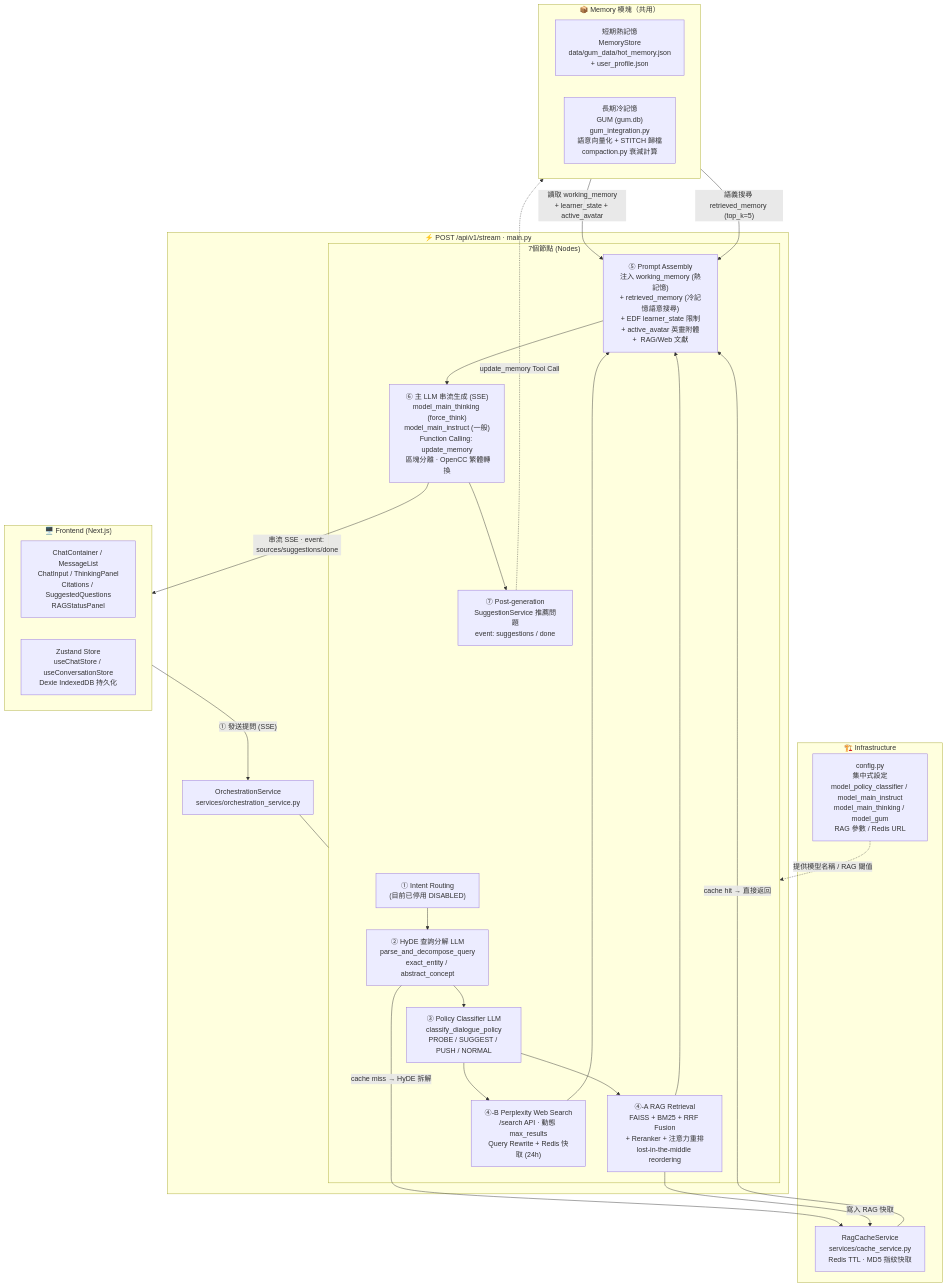
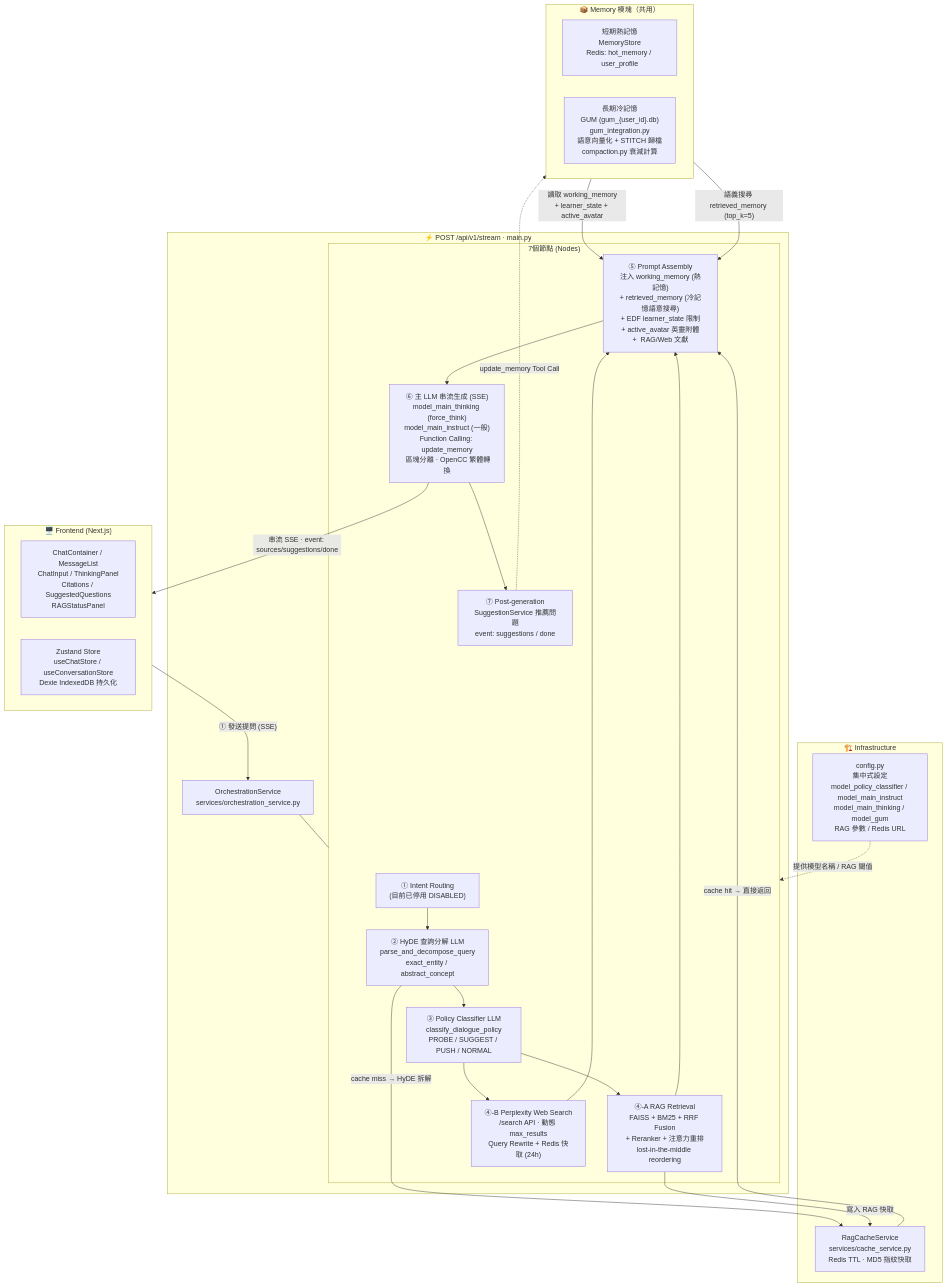
One commit to CongJie-Pan/AREQA changed the first of 4 diagrams in README.md. Above: the diagram before and after it, drawn with Mermaid. The commit also changed other lines of this file and 1 other file, not shown here.

Commit message:
feat: add MCP server configuration for Drift integration

````diff
--- a/README.md
+++ b/README.md
@@ -183,53 +180,53 @@
 ```mermaid
 flowchart TD
     subgraph FE_A ["🖥️ Frontend (Next.js)"]
         direction LR
         UI_Chat["ChatContainer / MessageList\nChatInput / ThinkingPanel\nCitations / SuggestedQuestions\nRAGStatusPanel"]
         ConvStore["Zustand Store\nuseChatStore / useConversationStore\nDexie IndexedDB 持久化"]
     end
 
     subgraph INFRA ["🏗️ Infrastructure"]
         Config["config.py\n集中式設定\nmodel_policy_classifier / model_main_instruct\nmodel_main_thinking / model_gum\nRAG 參數 / Redis URL"]
         RedisCache["RagCacheService\nservices/cache_service.py\nRedis TTL · MD5 指紋快取"]
     end
 
     subgraph MEM ["📦 Memory 模塊（共用）"]
         direction LR
-        HotMem["短期熱記憶\nMemoryStore\ndata/gum_data/hot_memory.json\n+ user_profile.json"]
-        ColdMem["長期冷記憶\nGUM (gum.db)\ngum_integration.py\n語意向量化 + STITCH 歸檔\ncompaction.py 衰減計算"]
+        HotMem["短期熱記憶\nMemoryStore\nRedis: hot_memory / user_profile"]
+        ColdMem["長期冷記憶\nGUM (gum_{user_id}.db)\ngum_integration.py\n語意向量化 + STITCH 歸檔\ncompaction.py 衰減計算"]
     end
 
     subgraph API_A ["⚡ POST /api/v1/stream  ·  main.py"]
         Orchestrator["OrchestrationService\nservices/orchestration_service.py"]
 
         subgraph ORCH_NODES ["7個節點 (Nodes)"]
             N1["① Intent Routing\n(目前已停用 DISABLED)"]
             N2["② HyDE 查詢分解 LLM\nparse_and_decompose_query\nexact_entity / abstract_concept"]
             N3["③ Policy Classifier LLM\nclassify_dialogue_policy\nPROBE / SUGGEST / PUSH / NORMAL"]
             N4A["④-A RAG Retrieval\nFAISS + BM25 + RRF Fusion\n+ Reranker + 注意力重排\nlost-in-the-middle reordering"]
             N4B["④-B Perplexity Web Search\n/search API · 動態 max_results\nQuery Rewrite + Redis 快取 (24h)"]
             N5["⑤ Prompt Assembly\n注入 working_memory (熱記憶)\n+ retrieved_memory (冷記憶語意搜尋)\n+ EDF learner_state 限制\n+ active_avatar 英靈附體\n+ <context> RAG/Web 文獻"]
             N6["⑥ 主 LLM 串流生成 (SSE)\nmodel_main_thinking (force_think)\nmodel_main_instruct (一般)\nFunction Calling: update_memory\n<think> 區塊分離 · OpenCC 繁體轉換"]
             N7["⑦ Post-generation\nSuggestionService 推薦問題\nevent: suggestions / done"]
             N1 --> N2
             N2 --> N3
             N3 --> N4A
             N3 --> N4B
             N4A --> N5
             N4B --> N5
             N5 --> N6
             N6 --> N7
         end
     end
 
     UI_Chat -->|"① 發送提問 (SSE)"| Orchestrator
     Orchestrator --- ORCH_NODES
     N2 -->|"cache miss → HyDE 拆解"| RedisCache
     RedisCache -->|"cache hit → 直接返回"| N5
     N4A -->|"寫入 RAG 快取"| RedisCache
     HotMem -->|"讀取 working_memory\n+ learner_state + active_avatar"| N5
     ColdMem -->|"語義搜尋 retrieved_memory (top_k=5)"| N5
     N6 -->|"串流 SSE · event: sources/suggestions/done"| UI_Chat
     N7 -.->|"update_memory Tool Call"| HotMem
     Config -.->|"提供模型名稱 / RAG 閾值"| ORCH_NODES
 ```
````
